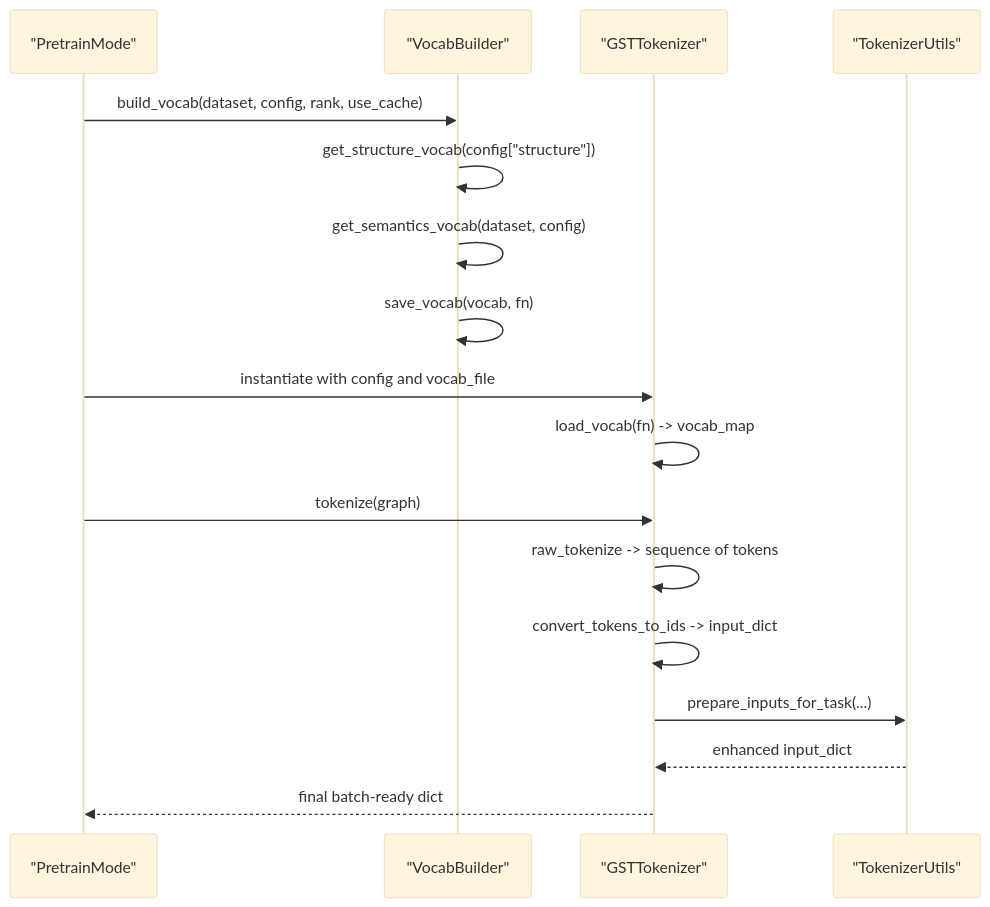
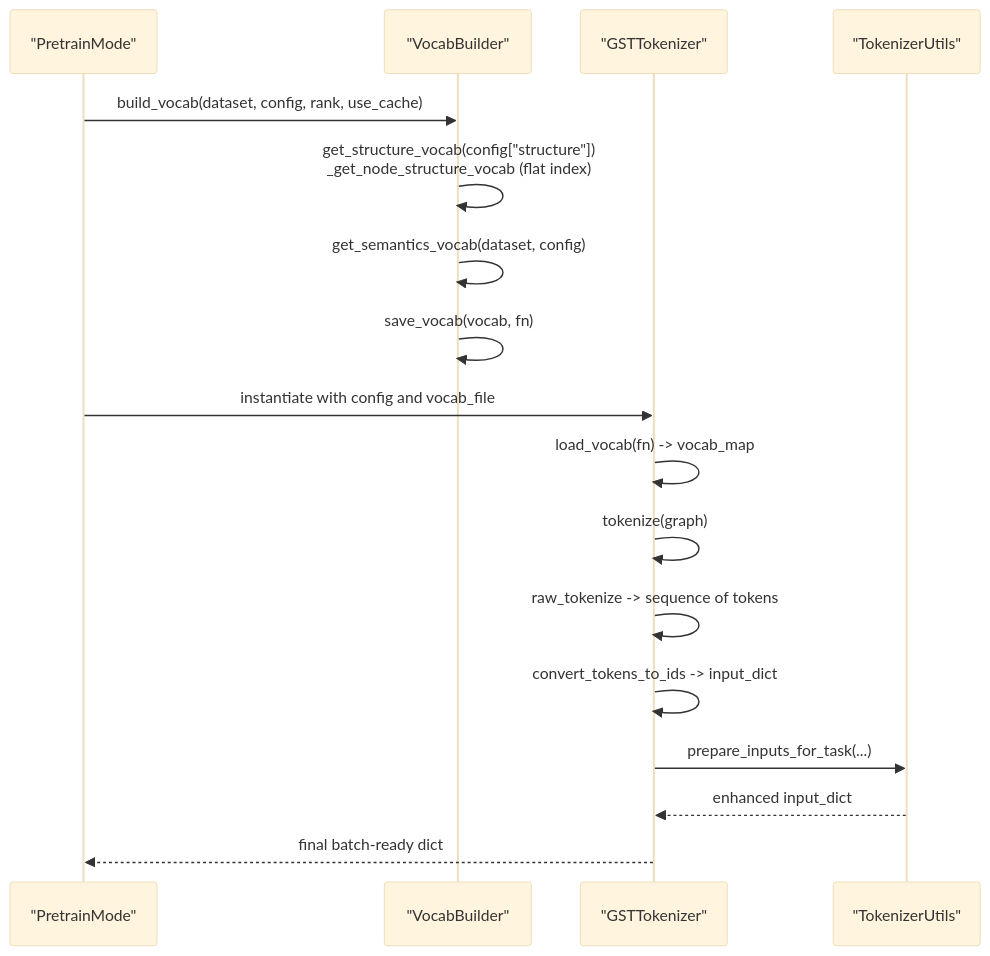
One commit to alibaba/graph-gpt changed the second of 5 diagrams in .qoder/repowiki/en/content/Tokenization System/Vocabulary Building System.md. Above: the diagram before and after it, drawn with Mermaid (base theme). The commit also changed other lines of this file and 5 other files, not shown here.

````diff
--- a/.qoder/repowiki/en/content/Tokenization System/Vocabulary Building System.md
+++ b/.qoder/repowiki/en/content/Tokenization System/Vocabulary Building System.md
@@ -105,19 +109,19 @@
 ```mermaid
 sequenceDiagram
 participant Trainer as "PretrainMode"
 participant Builder as "VocabBuilder"
 participant Tok as "GSTTokenizer"
 participant Utils as "TokenizerUtils"
 Trainer->>Builder : build_vocab(dataset, config, rank, use_cache)
-Builder->>Builder : get_structure_vocab(config["structure"])
+Builder->>Builder : get_structure_vocab(config["structure"])<br/>_get_node_structure_vocab (flat index)
 Builder->>Builder : get_semantics_vocab(dataset, config)
 Builder->>Builder : save_vocab(vocab, fn)
 Trainer->>Tok : instantiate with config and vocab_file
 Tok->>Tok : load_vocab(fn) -> vocab_map
-Trainer->>Tok : tokenize(graph)
+Tok->>Tok : tokenize(graph)
 Tok->>Tok : raw_tokenize -> sequence of tokens
 Tok->>Tok : convert_tokens_to_ids -> input_dict
 Tok->>Utils : prepare_inputs_for_task(...)
 Utils-->>Tok : enhanced input_dict
 Tok-->>Trainer : final batch-ready dict
 ```
````
